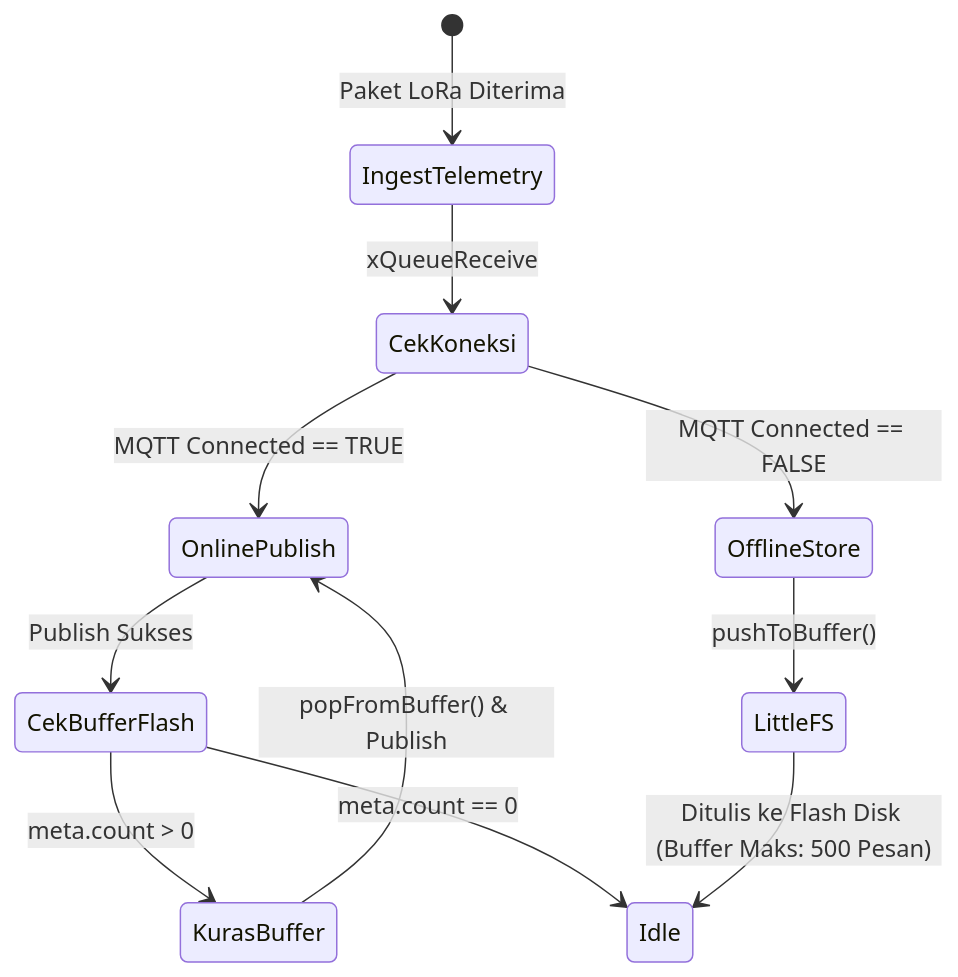
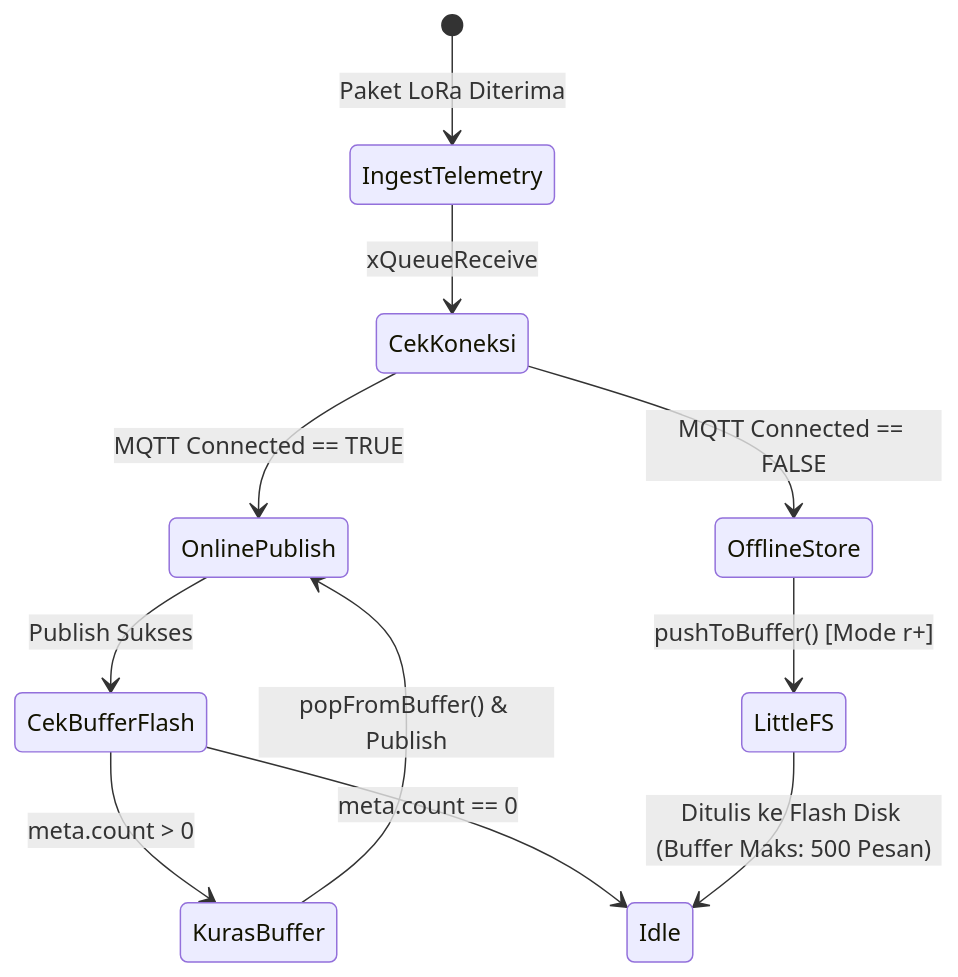
One commit to DHard4114/DESPRO-4 changed the fourth of 4 diagrams in src/firmware/gateway/docs/README.md. Above: the diagram before and after it, drawn with Mermaid. The commit also changed other lines of this file and 9 other files, not shown here.

Commit message:
refactor(firmware): refine node_wc and gateway architectures, standalone tests, and docs

````diff
--- a/src/firmware/gateway/docs/README.md
+++ b/src/firmware/gateway/docs/README.md
@@ -140,19 +145,19 @@
 ```mermaid
 stateDiagram-v2
     [*] --> IngestTelemetry : Paket LoRa Diterima
     IngestTelemetry --> CekKoneksi : xQueueReceive
     
     state CekKoneksi <<choice>>
     CekKoneksi --> OnlinePublish : MQTT Connected == TRUE
     CekKoneksi --> OfflineStore : MQTT Connected == FALSE
     
     OnlinePublish --> CekBufferFlash : Publish Sukses
     state CekBufferFlash <<choice>>
     CekBufferFlash --> KurasBuffer : meta.count > 0
     CekBufferFlash --> Idle : meta.count == 0
     
     KurasBuffer --> OnlinePublish : popFromBuffer() & Publish
     
-    OfflineStore --> LittleFS : pushToBuffer()
+    OfflineStore --> LittleFS : pushToBuffer() [Mode r+]
     LittleFS --> Idle : Ditulis ke Flash Disk (Buffer Maks: 500 Pesan)
 ```
````
